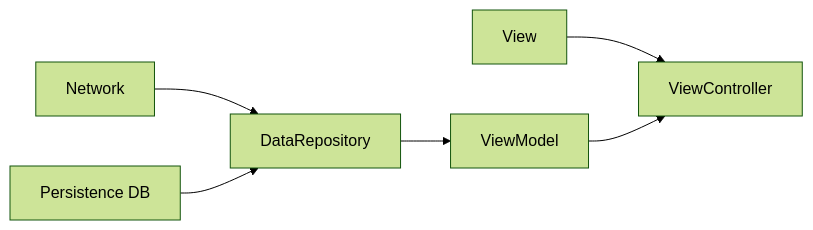
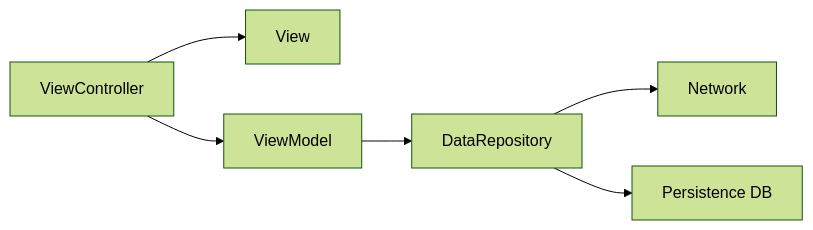
One commit to JongHyunLee84/BYM-BoostYourMuscle changed the diagram in README.md. Above: the diagram before and after it, drawn with Mermaid (forest theme).

````diff
--- a/README.md
+++ b/README.md
@@ -18,8 +18,8 @@
 ```mermaid
 graph LR
-A[View] --> B[ViewController]
-C[ViewModel] --> B
-D[DataRepository] --> C
-E[Network] --> D
-F[Persistence DB] --> D
+B[ViewController] --> A[View]
+B --> C[ViewModel]
+C --> D[DataRepository]
+D --> E[Network]
+D --> F[Persistence DB]
 ```
````
